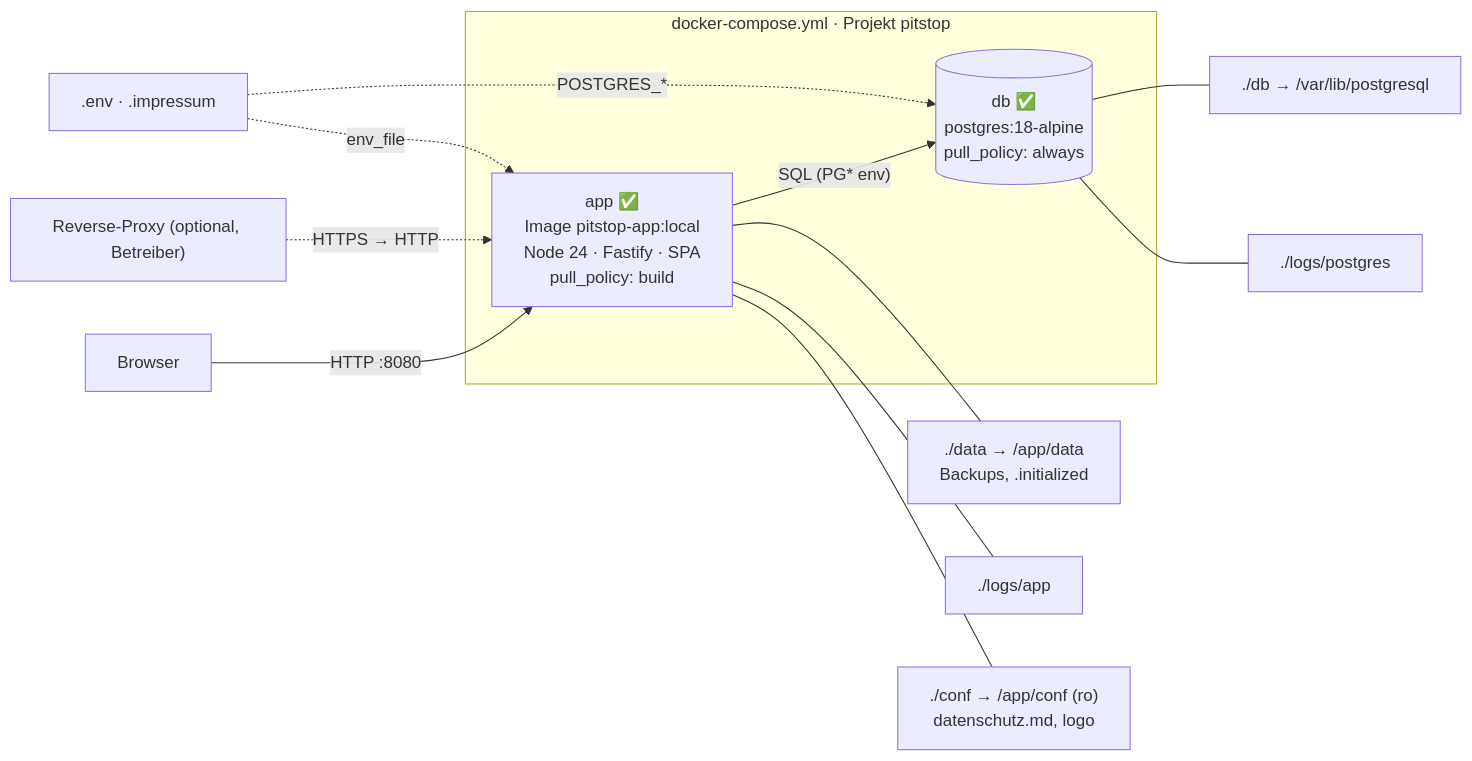
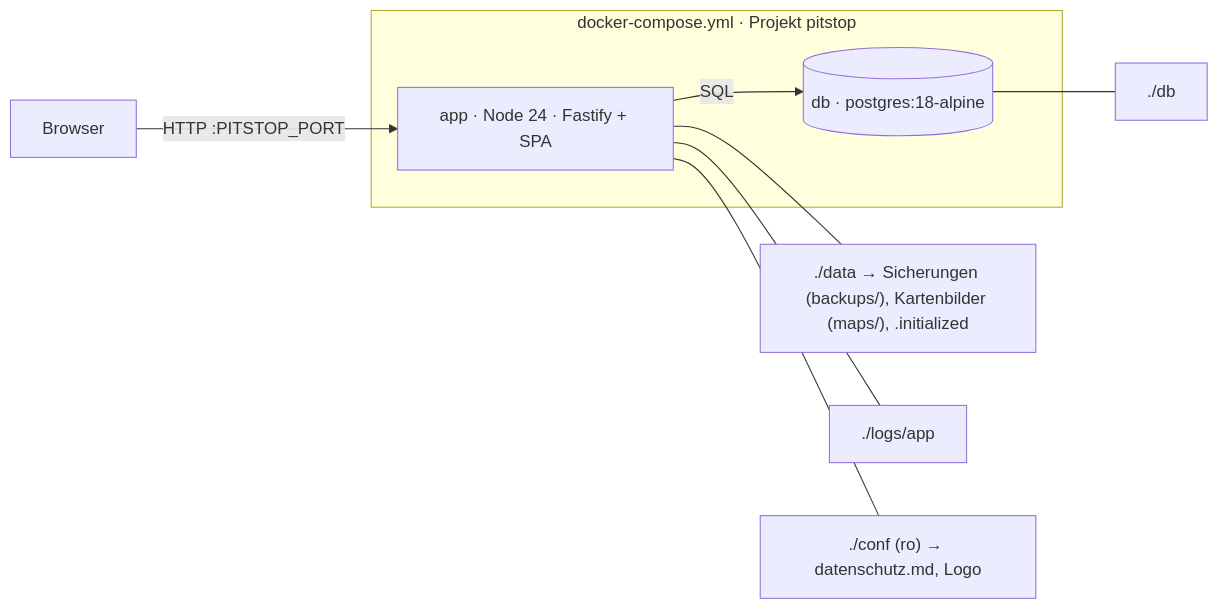
Before and after one commit to ZockerDream/pitstop: the first of 3 diagrams in CLAUDE.md, drawn with Mermaid. The commit also changed other lines of this file and 178 other files, not shown here.

````diff
--- a/CLAUDE.md
+++ b/CLAUDE.md
@@ -29,17 +26,13 @@
 ```mermaid
 flowchart LR
-  browser["Browser"] -->|"HTTP :8080"| app
-  proxy["Reverse-Proxy (optional, Betreiber)"] -.->|"HTTPS → HTTP"| app
+  browser["Browser"] -->|"HTTP :PITSTOP_PORT"| app
   subgraph compose["docker-compose.yml · Projekt pitstop"]
-    app["app ✅<br/>Image pitstop-app:local<br/>Node 24 · Fastify · SPA<br/>pull_policy: build"]
-    db[("db ✅<br/>postgres:18-alpine<br/>pull_policy: always")]
-    app -->|"SQL (PG* env)"| db
+    app["app · Node 24 · Fastify + SPA"]
+    db[("db · postgres:18-alpine")]
+    app -->|SQL| db
   end
-  app --- d1["./data → /app/data<br/>Backups, .initialized"]
+  app --- d1["./data → Sicherungen (backups/), Kartenbilder (maps/), .initialized"]
   app --- d2["./logs/app"]
-  app --- d3["./conf → /app/conf (ro)<br/>datenschutz.md, logo"]
-  db --- d4["./db → /var/lib/postgresql"]
-  db --- d5["./logs/postgres"]
-  env[".env · .impressum"] -.->|"env_file"| app
-  env -.->|"POSTGRES_*"| db
+  app --- d3["./conf (ro) → datenschutz.md, Logo"]
+  db --- d4["./db"]
 ```
````
